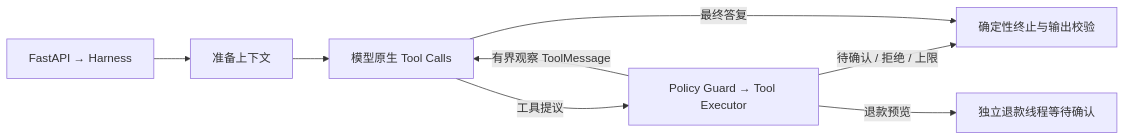
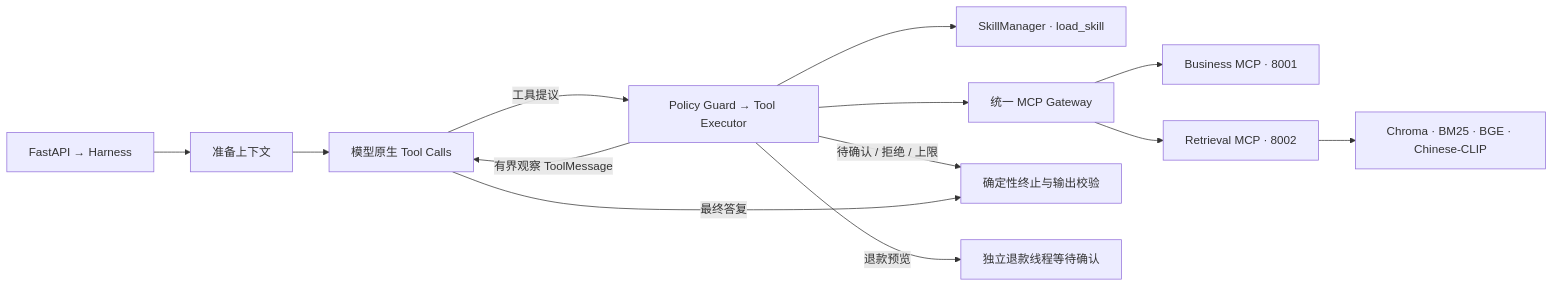
One commit to Isan3zz/kefu changed the diagram in docs/architecture.md. Above: the diagram before and after it, drawn with Mermaid. The commit also changed other lines of this file and 74 other files, not shown here.

First line of the commit message:
Add retrieval MCP and expand agent evaluation

````diff
--- a/docs/architecture.md
+++ b/docs/architecture.md
@@ -11,10 +11,15 @@
 ```mermaid
 flowchart LR
     API[FastAPI → Harness] --> Context[准备上下文]
     Context --> Model[模型原生 Tool Calls]
     Model -->|工具提议| Tool[Policy Guard → Tool Executor]
+    Tool --> Skill[SkillManager · load_skill]
+    Tool --> Gateway[统一 MCP Gateway]
+    Gateway --> Business[Business MCP · 8001]
+    Gateway --> Retrieval[Retrieval MCP · 8002]
+    Retrieval --> Index[Chroma · BM25 · BGE · Chinese-CLIP]
     Tool -->|有界观察 ToolMessage| Model
     Tool -->|待确认 / 拒绝 / 上限| Final[确定性终止与输出校验]
     Model -->|最终答复| Final
     Tool -->|退款预览| WF[独立退款线程等待确认]
 ```
````
